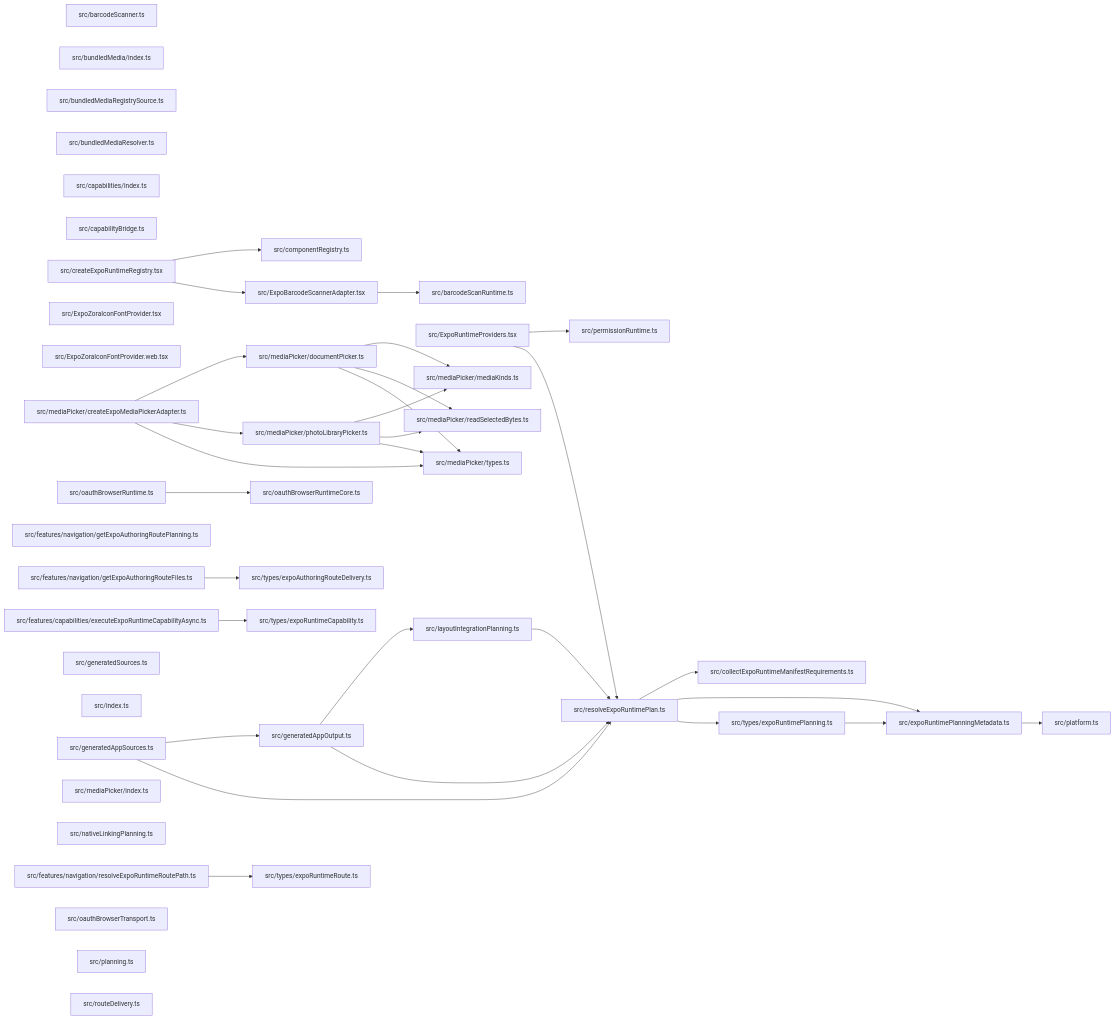
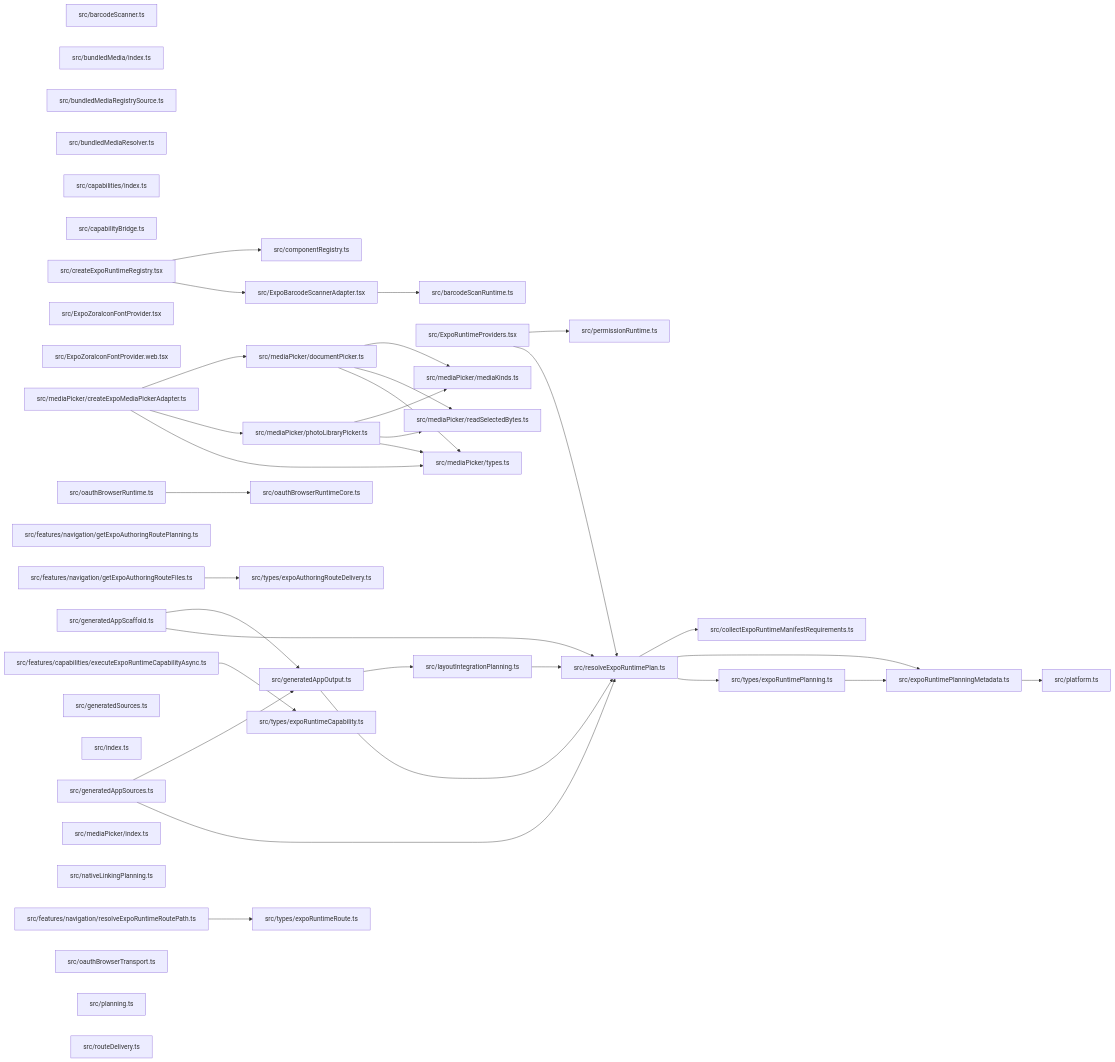
One commit to ankhorage/expo-runtime changed the diagram in paradox/diagrams/module-relationships.mmd. Above: the diagram before and after it, drawn with Mermaid. The commit also changed 13 other files, not shown here.

```diff
--- a/paradox/diagrams/module-relationships.mmd
+++ b/paradox/diagrams/module-relationships.mmd
@@ -1,73 +1,76 @@
 graph LR
   module_src_barcodeScanner_ts["src/barcodeScanner.ts"]
   module_src_barcodeScanRuntime_ts["src/barcodeScanRuntime.ts"]
   module_src_bundledMedia_index_ts["src/bundledMedia/index.ts"]
   module_src_bundledMediaRegistrySource_ts["src/bundledMediaRegistrySource.ts"]
   module_src_bundledMediaResolver_ts["src/bundledMediaResolver.ts"]
   module_src_capabilities_index_ts["src/capabilities/index.ts"]
   module_src_capabilityBridge_ts["src/capabilityBridge.ts"]
   module_src_collectExpoRuntimeManifestRequirements_ts["src/collectExpoRuntimeManifestRequirements.ts"]
   module_src_componentRegistry_ts["src/componentRegistry.ts"]
   module_src_createExpoRuntimeRegistry_tsx["src/createExpoRuntimeRegistry.tsx"]
   module_src_ExpoBarcodeScannerAdapter_tsx["src/ExpoBarcodeScannerAdapter.tsx"]
   module_src_expoRuntimePlanningMetadata_ts["src/expoRuntimePlanningMetadata.ts"]
   module_src_ExpoRuntimeProviders_tsx["src/ExpoRuntimeProviders.tsx"]
   module_src_ExpoZoraIconFontProvider_tsx["src/ExpoZoraIconFontProvider.tsx"]
   module_src_ExpoZoraIconFontProvider_web_tsx["src/ExpoZoraIconFontProvider.web.tsx"]
   module_src_features_capabilities_executeExpoRuntimeCapabilityAsync_ts["src/features/capabilities/executeExpoRuntimeCapabilityAsync.ts"]
   module_src_features_navigation_getExpoAuthoringRouteFiles_ts["src/features/navigation/getExpoAuthoringRouteFiles.ts"]
   module_src_features_navigation_getExpoAuthoringRoutePlanning_ts["src/features/navigation/getExpoAuthoringRoutePlanning.ts"]
   module_src_features_navigation_resolveExpoRuntimeRoutePath_ts["src/features/navigation/resolveExpoRuntimeRoutePath.ts"]
   module_src_generatedAppOutput_ts["src/generatedAppOutput.ts"]
+  module_src_generatedAppScaffold_ts["src/generatedAppScaffold.ts"]
   module_src_generatedAppSources_ts["src/generatedAppSources.ts"]
   module_src_generatedSources_ts["src/generatedSources.ts"]
   module_src_index_ts["src/index.ts"]
   module_src_layoutIntegrationPlanning_ts["src/layoutIntegrationPlanning.ts"]
   module_src_mediaPicker_createExpoMediaPickerAdapter_ts["src/mediaPicker/createExpoMediaPickerAdapter.ts"]
   module_src_mediaPicker_documentPicker_ts["src/mediaPicker/documentPicker.ts"]
   module_src_mediaPicker_index_ts["src/mediaPicker/index.ts"]
   module_src_mediaPicker_mediaKinds_ts["src/mediaPicker/mediaKinds.ts"]
   module_src_mediaPicker_photoLibraryPicker_ts["src/mediaPicker/photoLibraryPicker.ts"]
   module_src_mediaPicker_readSelectedBytes_ts["src/mediaPicker/readSelectedBytes.ts"]
   module_src_mediaPicker_types_ts["src/mediaPicker/types.ts"]
   module_src_nativeLinkingPlanning_ts["src/nativeLinkingPlanning.ts"]
   module_src_oauthBrowserRuntime_ts["src/oauthBrowserRuntime.ts"]
   module_src_oauthBrowserRuntimeCore_ts["src/oauthBrowserRuntimeCore.ts"]
   module_src_oauthBrowserTransport_ts["src/oauthBrowserTransport.ts"]
   module_src_permissionRuntime_ts["src/permissionRuntime.ts"]
   module_src_planning_ts["src/planning.ts"]
   module_src_platform_ts["src/platform.ts"]
   module_src_resolveExpoRuntimePlan_ts["src/resolveExpoRuntimePlan.ts"]
   module_src_routeDelivery_ts["src/routeDelivery.ts"]
   module_src_types_expoAuthoringRouteDelivery_ts["src/types/expoAuthoringRouteDelivery.ts"]
   module_src_types_expoRuntimeCapability_ts["src/types/expoRuntimeCapability.ts"]
   module_src_types_expoRuntimePlanning_ts["src/types/expoRuntimePlanning.ts"]
   module_src_types_expoRuntimeRoute_ts["src/types/expoRuntimeRoute.ts"]
   module_src_createExpoRuntimeRegistry_tsx --> module_src_componentRegistry_ts
   module_src_createExpoRuntimeRegistry_tsx --> module_src_ExpoBarcodeScannerAdapter_tsx
   module_src_ExpoBarcodeScannerAdapter_tsx --> module_src_barcodeScanRuntime_ts
   module_src_expoRuntimePlanningMetadata_ts --> module_src_platform_ts
   module_src_ExpoRuntimeProviders_tsx --> module_src_permissionRuntime_ts
   module_src_ExpoRuntimeProviders_tsx --> module_src_resolveExpoRuntimePlan_ts
   module_src_features_capabilities_executeExpoRuntimeCapabilityAsync_ts --> module_src_types_expoRuntimeCapability_ts
   module_src_features_navigation_getExpoAuthoringRouteFiles_ts --> module_src_types_expoAuthoringRouteDelivery_ts
   module_src_features_navigation_resolveExpoRuntimeRoutePath_ts --> module_src_types_expoRuntimeRoute_ts
   module_src_generatedAppOutput_ts --> module_src_layoutIntegrationPlanning_ts
   module_src_generatedAppOutput_ts --> module_src_resolveExpoRuntimePlan_ts
+  module_src_generatedAppScaffold_ts --> module_src_generatedAppOutput_ts
+  module_src_generatedAppScaffold_ts --> module_src_resolveExpoRuntimePlan_ts
   module_src_generatedAppSources_ts --> module_src_generatedAppOutput_ts
   module_src_generatedAppSources_ts --> module_src_resolveExpoRuntimePlan_ts
   module_src_layoutIntegrationPlanning_ts --> module_src_resolveExpoRuntimePlan_ts
   module_src_mediaPicker_createExpoMediaPickerAdapter_ts --> module_src_mediaPicker_documentPicker_ts
   module_src_mediaPicker_createExpoMediaPickerAdapter_ts --> module_src_mediaPicker_photoLibraryPicker_ts
   module_src_mediaPicker_createExpoMediaPickerAdapter_ts --> module_src_mediaPicker_types_ts
   module_src_mediaPicker_documentPicker_ts --> module_src_mediaPicker_mediaKinds_ts
   module_src_mediaPicker_documentPicker_ts --> module_src_mediaPicker_readSelectedBytes_ts
   module_src_mediaPicker_documentPicker_ts --> module_src_mediaPicker_types_ts
   module_src_mediaPicker_photoLibraryPicker_ts --> module_src_mediaPicker_mediaKinds_ts
   module_src_mediaPicker_photoLibraryPicker_ts --> module_src_mediaPicker_readSelectedBytes_ts
   module_src_mediaPicker_photoLibraryPicker_ts --> module_src_mediaPicker_types_ts
   module_src_oauthBrowserRuntime_ts --> module_src_oauthBrowserRuntimeCore_ts
   module_src_resolveExpoRuntimePlan_ts --> module_src_collectExpoRuntimeManifestRequirements_ts
   module_src_resolveExpoRuntimePlan_ts --> module_src_expoRuntimePlanningMetadata_ts
   module_src_resolveExpoRuntimePlan_ts --> module_src_types_expoRuntimePlanning_ts
   module_src_types_expoRuntimePlanning_ts --> module_src_expoRuntimePlanningMetadata_ts
```
